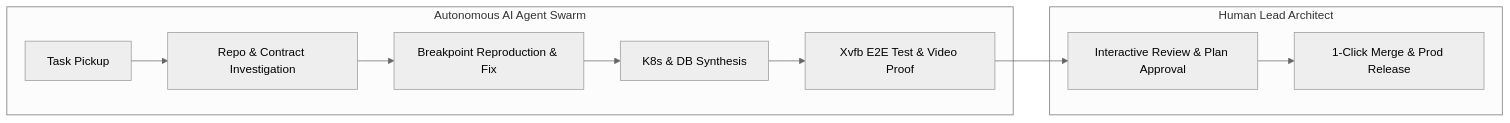
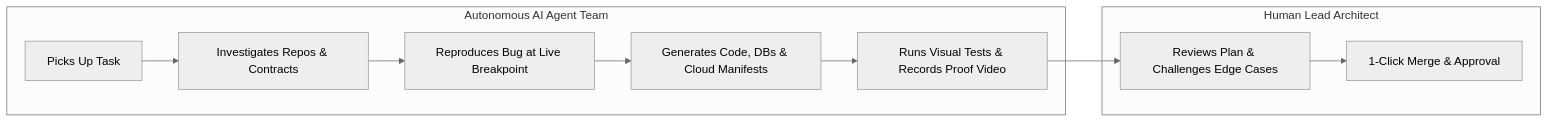
The fifth of 5 diagrams in docs/index.md (nddipiazza/robos), drawn with Mermaid (neutral theme) before and after one commit. The commit also changed other lines of this file and 5 other files, not shown here.

````diff
--- a/docs/index.md
+++ b/docs/index.md
@@ -174,14 +174,14 @@
 ```mermaid
 graph LR
-    subgraph AutonomousAI [Autonomous AI Agent Swarm]
-        T[Task Pickup] --> R[Repo & Contract Investigation]
-        R --> B[Breakpoint Reproduction & Fix]
-        B --> K[K8s & DB Synthesis]
-        K --> V[Xvfb E2E Test & Video Proof]
+    subgraph AutonomousAI [Autonomous AI Agent Team]
+        T[Picks Up Task] --> R[Investigates Repos & Contracts]
+        R --> B[Reproduces Bug at Live Breakpoint]
+        B --> K[Generates Code, DBs & Cloud Manifests]
+        K --> V[Runs Visual Tests & Records Proof Video]
     end
 
     subgraph HumanEngineer [Human Lead Architect]
-        V --> P[Interactive Review & Plan Approval]
-        P --> M[1-Click Merge & Prod Release]
+        V --> P[Reviews Plan & Challenges Edge Cases]
+        P --> M[1-Click Merge & Approval]
     end
 ```
````
